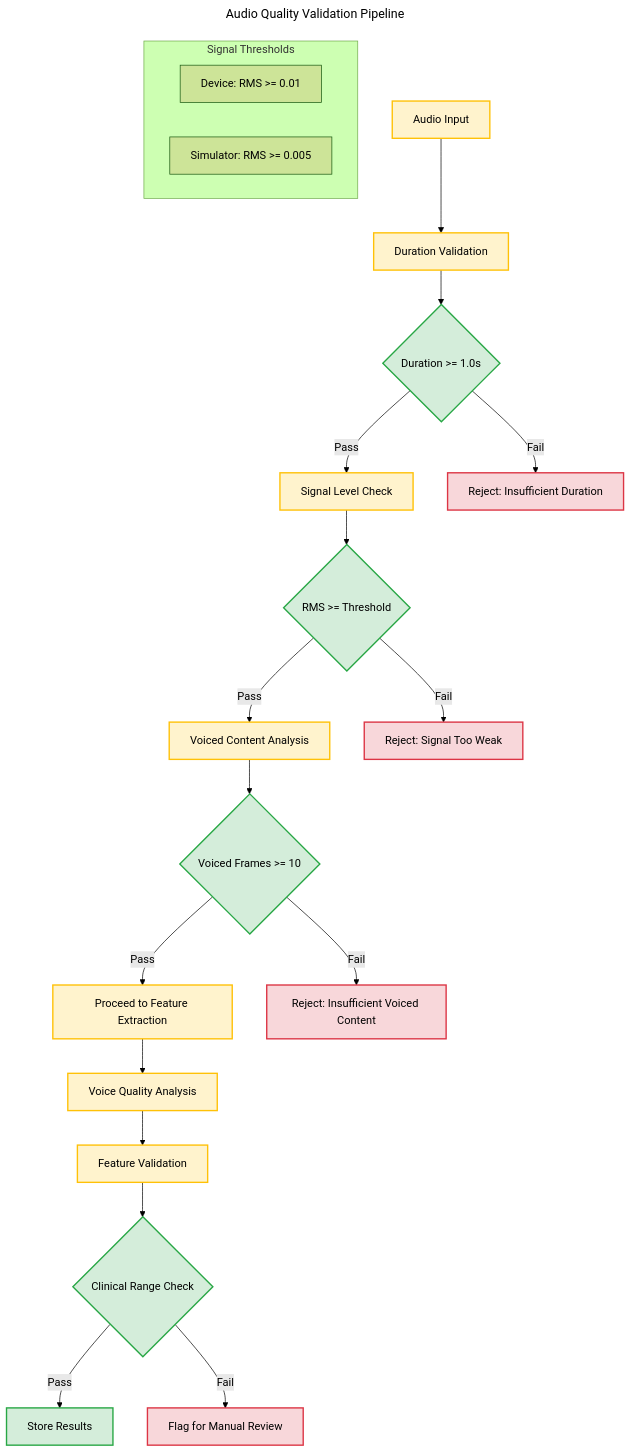
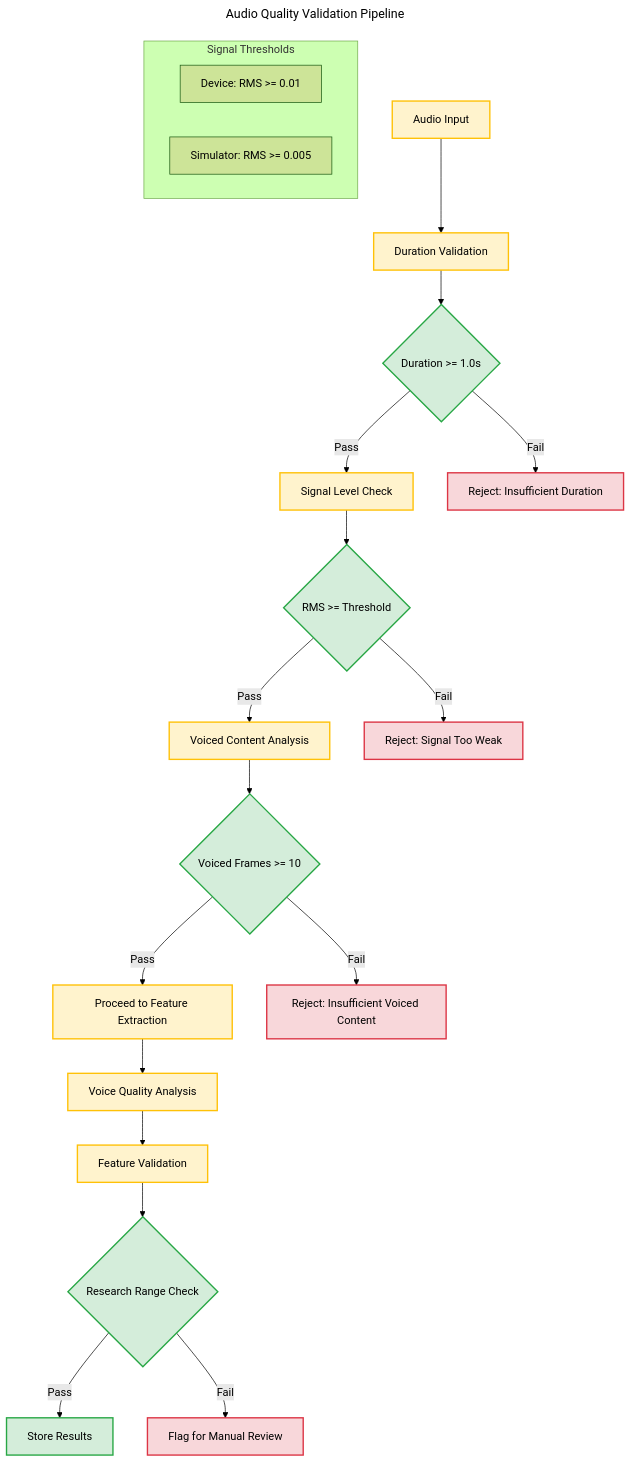
Before and after one commit to PoisonIvory/sage: the fourth of 5 diagrams in DATA_PIPELINE.md, drawn with Mermaid (forest theme). The commit also changed other lines of this file and 1 other file, not shown here.

Commit message:
Update documentation language: replace clinical claims with research-appropriate terminology

````diff
--- a/DATA_PIPELINE.md
+++ b/DATA_PIPELINE.md
@@ -212,37 +212,37 @@
 ```mermaid
 ---
 title: Audio Quality Validation Pipeline
 ---
 flowchart TD
     A[Audio Input] --> B[Duration Validation]
     B --> C{Duration >= 1.0s}
     C -->|Pass| D[Signal Level Check]
     C -->|Fail| E[Reject: Insufficient Duration]
     
     D --> F{RMS >= Threshold}
     F -->|Pass| G[Voiced Content Analysis]
     F -->|Fail| H[Reject: Signal Too Weak]
     
     G --> I{Voiced Frames >= 10}
     I -->|Pass| J[Proceed to Feature Extraction]
     I -->|Fail| K[Reject: Insufficient Voiced Content]
     
     J --> L[Voice Quality Analysis]
     L --> M[Feature Validation]
-    M --> N{Clinical Range Check}
+    M --> N{Research Range Check}
     N -->|Pass| O[Store Results]
     N -->|Fail| P[Flag for Manual Review]
     
     subgraph "Signal Thresholds"
         Q[Device: RMS >= 0.01]
         R[Simulator: RMS >= 0.005]
     end
     
     classDef success fill:#d4edda,stroke:#28a745,stroke-width:2px
     classDef error fill:#f8d7da,stroke:#dc3545,stroke-width:2px
     classDef validation fill:#fff3cd,stroke:#ffc107,stroke-width:2px
     
     class A,B,D,G,J,L,M validation
     class C,F,I,N,O success
     class E,H,K,P error
 ```
````
